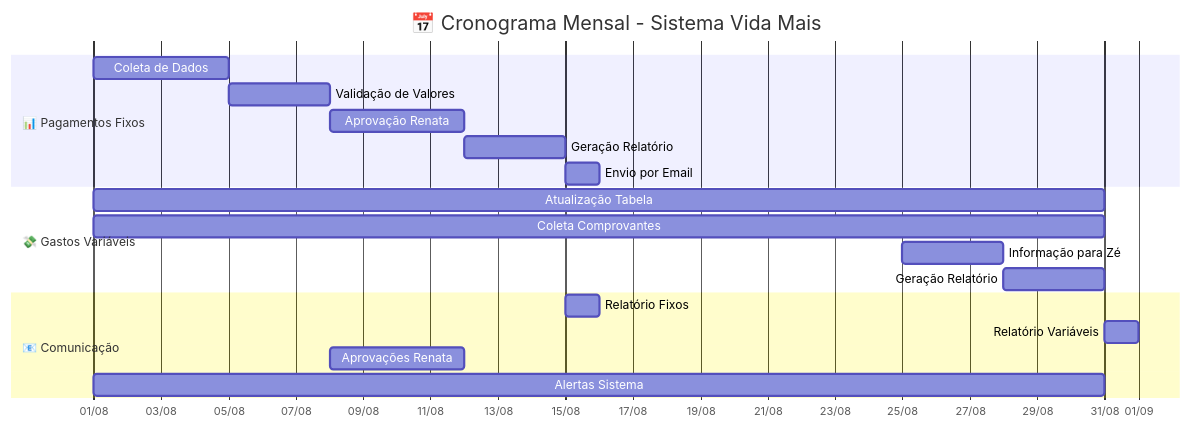
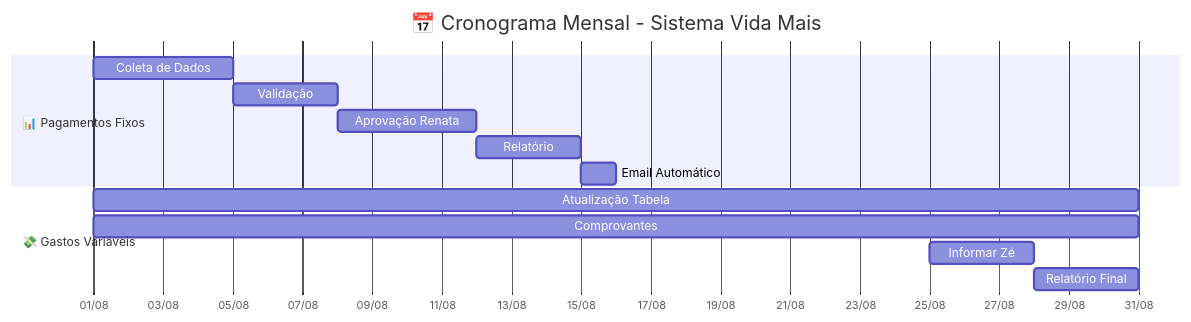
One commit to emanuelcosta-git/epoch-dream-builder changed the fourth of 6 diagrams in FLUXO_REAL_VIDA_MAIS.md. Above: the diagram before and after it, drawn with Mermaid. The commit also changed other lines of this file, not shown here.

````diff
--- a/FLUXO_REAL_VIDA_MAIS.md
+++ b/FLUXO_REAL_VIDA_MAIS.md
@@ -268,25 +186,19 @@
 ```mermaid
 gantt
     title 📅 Cronograma Mensal - Sistema Vida Mais
     dateFormat  DD/MM
     axisFormat %d/%m
     
     section 📊 Pagamentos Fixos
     Coleta de Dados        :01/08, 05/08
-    Validação de Valores   :05/08, 08/08
+    Validação              :05/08, 08/08
     Aprovação Renata       :08/08, 12/08
-    Geração Relatório      :12/08, 15/08
-    Envio por Email        :15/08, 16/08
+    Relatório              :12/08, 15/08
+    Email Automático       :15/08, 16/08
     
     section 💸 Gastos Variáveis
     Atualização Tabela     :01/08, 31/08
-    Coleta Comprovantes    :01/08, 31/08
-    Informação para Zé     :25/08, 28/08
-    Geração Relatório      :28/08, 31/08
-    
-    section 📧 Comunicação
-    Relatório Fixos        :15/08, 16/08
-    Relatório Variáveis    :31/08, 01/09
-    Aprovações Renata      :08/08, 12/08
-    Alertas Sistema        :01/08, 31/08
+    Comprovantes           :01/08, 31/08
+    Informar Zé            :25/08, 28/08
+    Relatório Final        :28/08, 31/08
 ```
````
